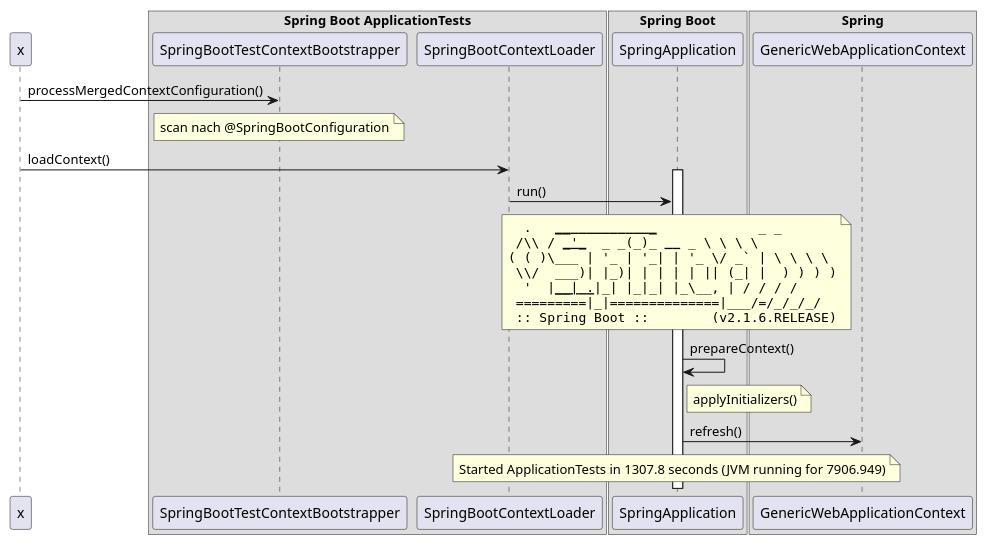
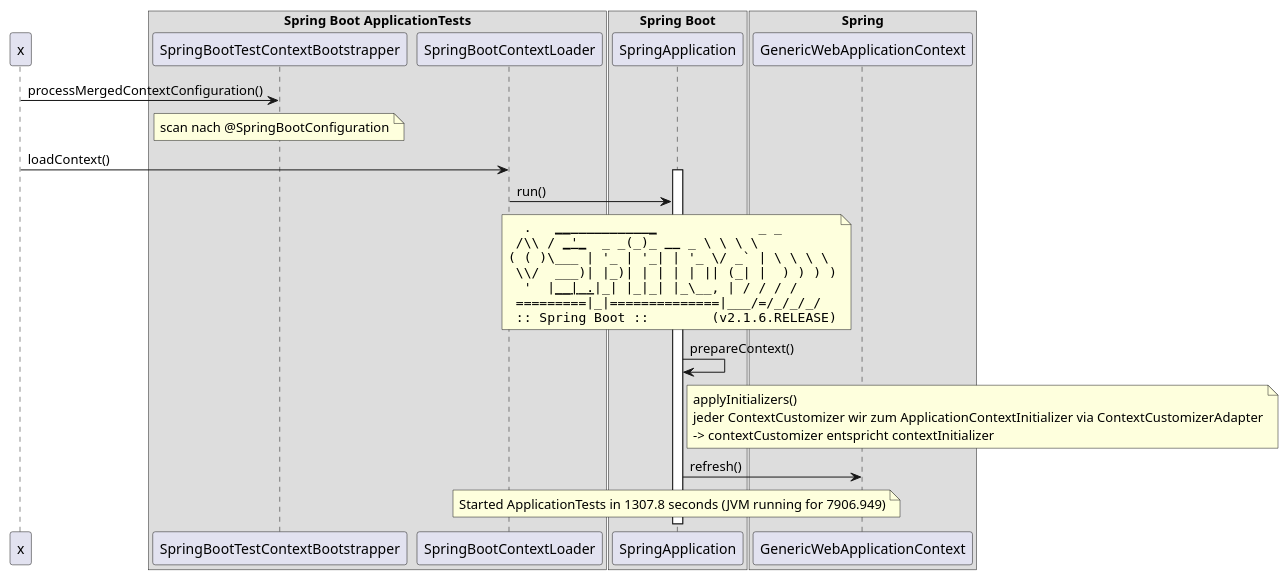
The diagram in spring-boot/spring-boot.puml (masooh/devll-samples), drawn with PlantUML before and after one commit. The commit also changed 13 other files, not shown here.

```diff
--- a/spring-boot/spring-boot.puml
+++ b/spring-boot/spring-boot.puml
@@ -1,36 +1,40 @@
 @startuml
 participant x
 box Spring Boot ApplicationTests
     participant SpringBootTestContextBootstrapper
     participant SpringBootContextLoader
 end box
 box Spring Boot
     participant SpringApplication
 end box
 box Spring
     participant GenericWebApplicationContext
 end box
 
 x -> SpringBootTestContextBootstrapper: processMergedContextConfiguration()
 note over SpringBootTestContextBootstrapper: scan nach @SpringBootConfiguration
 
 x -> SpringBootContextLoader: loadContext()
 
 activate SpringApplication
 SpringBootContextLoader -> SpringApplication: run()
 note over SpringApplication
 ""  .   ____          _            __ _ _""
 "" /\\ / ___'_ __ _ _(_)_ __  __ _ \ \ \ \""
 ""( ( )\___ | '_ | '_| | '_ \/ _` | \ \ \ \""
 "" \\/  ___)| |_)| | | | | || (_| |  ) ) ) )""
 ""  '  |____| .__|_| |_|_| |_\__, | / / / /""
 "" =========|_|==============|___/=/_/_/_/""
 "" :: Spring Boot ::        (v2.1.6.RELEASE)""
 end note
 
 SpringApplication -> SpringApplication: prepareContext()
-note right of SpringApplication: applyInitializers()
+note right of SpringApplication
+    applyInitializers()
+    jeder ContextCustomizer wir zum ApplicationContextInitializer via ContextCustomizerAdapter
+    -> contextCustomizer entspricht contextInitializer
+end note
 
 SpringApplication -> GenericWebApplicationContext: refresh()
 note over SpringApplication: Started ApplicationTests in 1307.8 seconds (JVM running for 7906.949)
 @enduml
```
